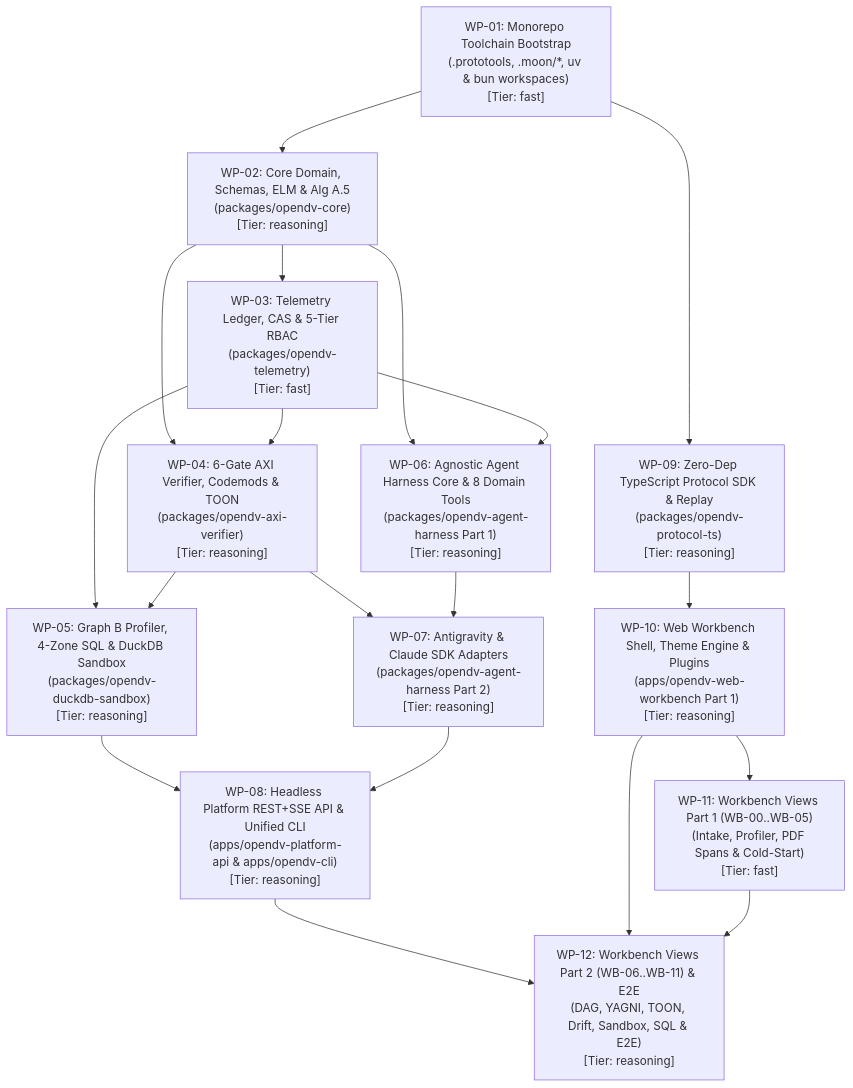
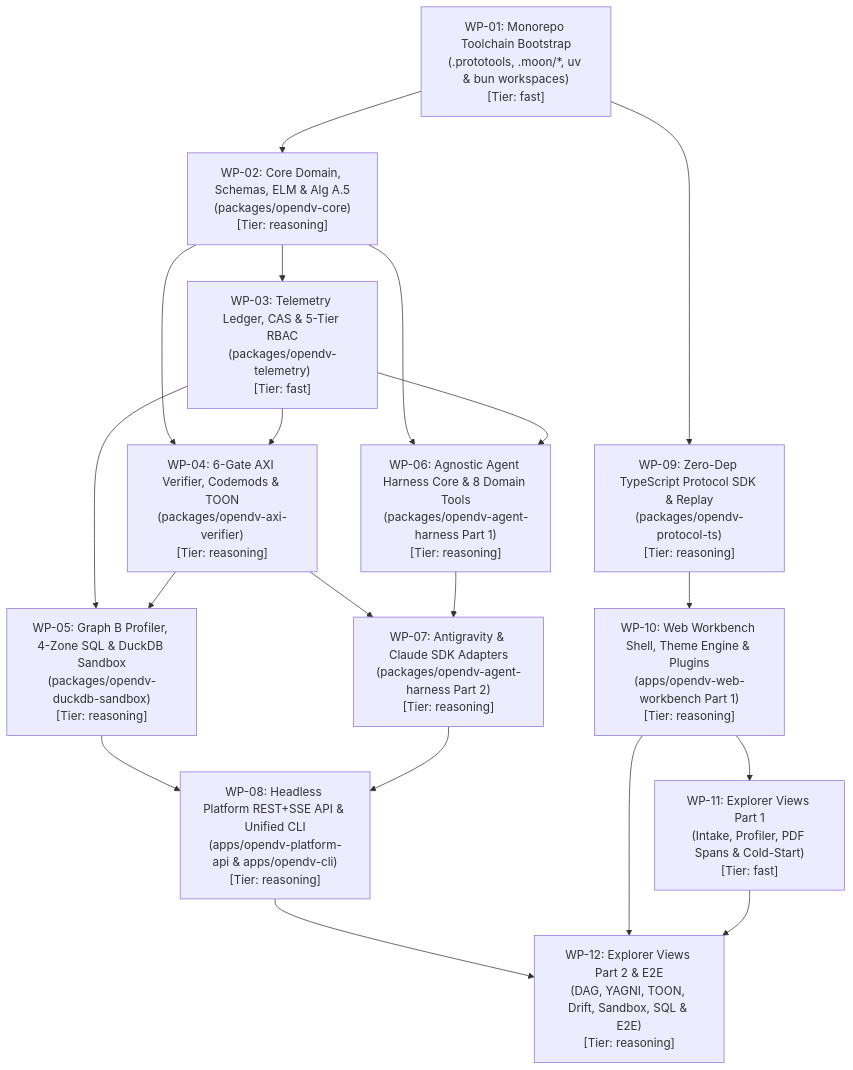
The diagram in docs/11-agent-worker-implementation-plan.md (nogoo9/open-dv), drawn with Mermaid before and after one commit. The commit also changed other lines of this file and 643 other files, not shown here.

First line of the commit message:
feat(platform): Platform Parity & Architecture Plan v3.9 (P1-P10, #63) (#189)

````diff
--- a/docs/11-agent-worker-implementation-plan.md
+++ b/docs/11-agent-worker-implementation-plan.md
@@ -14,34 +14,34 @@
 ```mermaid
 flowchart TD
     WP01["WP-01: Monorepo Toolchain Bootstrap\n(.prototools, .moon/*, uv & bun workspaces)\n[Tier: fast]"]
     WP02["WP-02: Core Domain, Schemas, ELM & Alg A.5\n(packages/opendv-core)\n[Tier: reasoning]"]
     WP03["WP-03: Telemetry Ledger, CAS & 5-Tier RBAC\n(packages/opendv-telemetry)\n[Tier: fast]"]
     WP04["WP-04: 6-Gate AXI Verifier, Codemods & TOON\n(packages/opendv-axi-verifier)\n[Tier: reasoning]"]
     WP05["WP-05: Graph B Profiler, 4-Zone SQL & DuckDB Sandbox\n(packages/opendv-duckdb-sandbox)\n[Tier: reasoning]"]
     WP06["WP-06: Agnostic Agent Harness Core & 8 Domain Tools\n(packages/opendv-agent-harness Part 1)\n[Tier: reasoning]"]
     WP07["WP-07: Antigravity & Claude SDK Adapters\n(packages/opendv-agent-harness Part 2)\n[Tier: reasoning]"]
     WP08["WP-08: Headless Platform REST+SSE API & Unified CLI\n(apps/opendv-platform-api & apps/opendv-cli)\n[Tier: reasoning]"]
     WP09["WP-09: Zero-Dep TypeScript Protocol SDK & Replay\n(packages/opendv-protocol-ts)\n[Tier: reasoning]"]
     WP10["WP-10: Web Workbench Shell, Theme Engine & Plugins\n(apps/opendv-web-workbench Part 1)\n[Tier: reasoning]"]
-    WP11["WP-11: Workbench Views Part 1 (WB-00..WB-05)\n(Intake, Profiler, PDF Spans & Cold-Start)\n[Tier: fast]"]
-    WP12["WP-12: Workbench Views Part 2 (WB-06..WB-11) & E2E\n(DAG, YAGNI, TOON, Drift, Sandbox, SQL & E2E)\n[Tier: reasoning]"]
+    WP11["WP-11: Explorer Views Part 1\n(Intake, Profiler, PDF Spans & Cold-Start)\n[Tier: fast]"]
+    WP12["WP-12: Explorer Views Part 2 & E2E\n(DAG, YAGNI, TOON, Drift, Sandbox, SQL & E2E)\n[Tier: reasoning]"]
 
     WP01 --> WP02
     WP01 --> WP09
     WP02 --> WP03
     WP09 --> WP10
     WP02 --> WP04
     WP03 --> WP04
     WP02 --> WP06
     WP03 --> WP06
     WP10 --> WP11
     WP03 --> WP05
     WP04 --> WP05
     WP04 --> WP07
     WP06 --> WP07
     WP05 --> WP08
     WP07 --> WP08
     WP08 --> WP12
     WP10 --> WP12
     WP11 --> WP12
 ```
````
